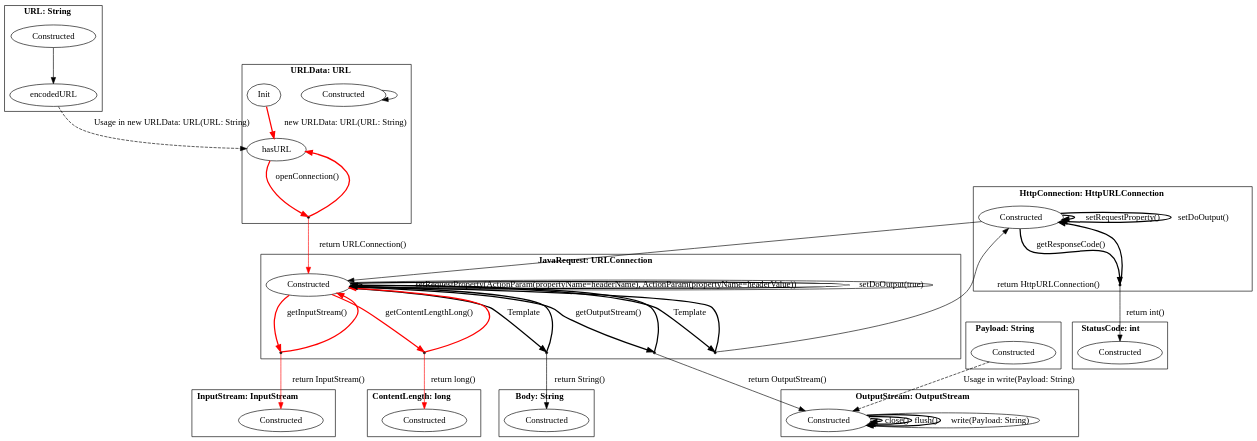
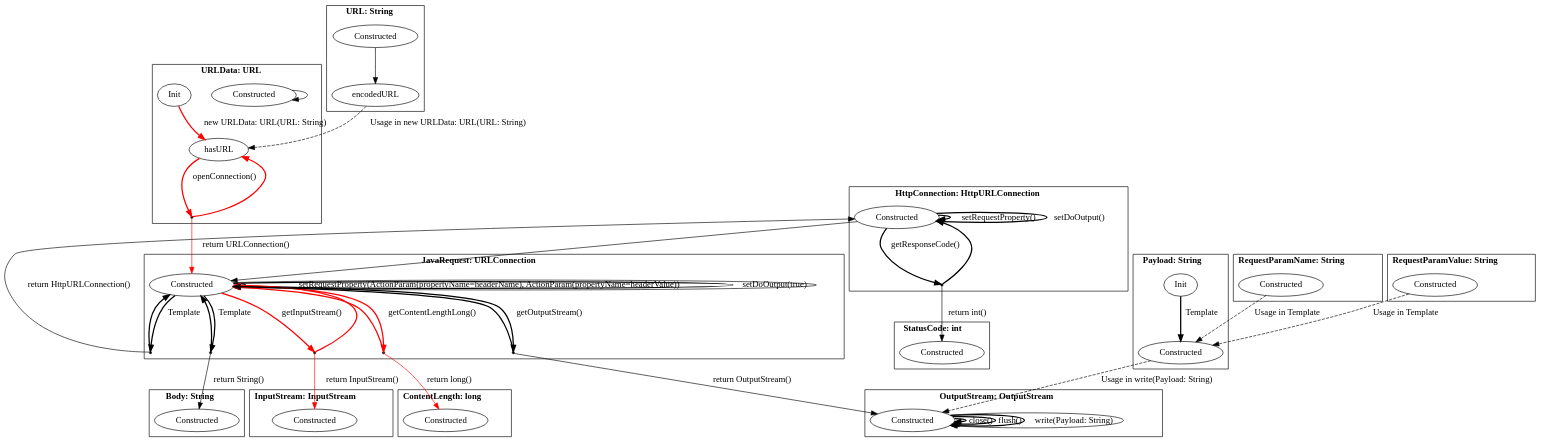
One commit to h31/LibraryMigration changed the diagram in pictures/extracted_javaIf.dot. Above: the diagram before and after it, drawn with Graphviz. The commit also changed 12 other files, not shown here.

```diff
--- a/pictures/extracted_javaIf.dot
+++ b/pictures/extracted_javaIf.dot
@@ -1,89 +1,101 @@
 digraph G {
     bgcolor="transparent";
     subgraph cluster0 {
     label = <<B>URL: String</B>>;
         Constructed_URL [ label="Constructed" ];
         encodedURL_URL [ label="encodedURL" ];
     }
     subgraph cluster1 {
     label = <<B>URLData: URL</B>>;
         Constructed_URLData [ label="Constructed" ];
         hasURL_URLData [ label="hasURL" ];
         Init_URLData [ label="Init" ];
         virtual0 [ shape = point ];
     }
     subgraph cluster2 {
     label = <<B>JavaRequest: URLConnection</B>>;
         Constructed_JavaRequest [ label="Constructed" ];
         virtual1 [ shape = point ];
         virtual2 [ shape = point ];
         virtual3 [ shape = point ];
         virtual4 [ shape = point ];
         virtual5 [ shape = point ];
     }
     subgraph cluster3 {
     label = <<B>Body: String</B>>;
         Constructed_Body [ label="Constructed" ];
     }
     subgraph cluster4 {
     label = <<B>InputStream: InputStream</B>>;
         Constructed_InputStream [ label="Constructed" ];
     }
     subgraph cluster5 {
     label = <<B>ContentLength: long</B>>;
         Constructed_ContentLength [ label="Constructed" ];
     }
     subgraph cluster6 {
     label = <<B>StatusCode: int</B>>;
         Constructed_StatusCode [ label="Constructed" ];
     }
     subgraph cluster7 {
     label = <<B>HttpConnection: HttpURLConnection</B>>;
         Constructed_HttpConnection [ label="Constructed" ];
         virtual6 [ shape = point ];
     }
     subgraph cluster8 {
     label = <<B>OutputStream: OutputStream</B>>;
         Constructed_OutputStream [ label="Constructed" ];
     }
     subgraph cluster9 {
     label = <<B>Payload: String</B>>;
         Constructed_Payload [ label="Constructed" ];
+        Init_Payload [ label="Init" ];
+    }
+    subgraph cluster10 {
+    label = <<B>RequestParamName: String</B>>;
+        Constructed_RequestParamName [ label="Constructed" ];
+    }
+    subgraph cluster11 {
+    label = <<B>RequestParamValue: String</B>>;
+        Constructed_RequestParamValue [ label="Constructed" ];
     }
         Constructed_URL -> encodedURL_URL [ label="", style = "solid"  ];
         encodedURL_URL -> hasURL_URLData [ label="Usage in new URLData: URL(URL: String)", style = "dashed"  ];
         Init_URLData -> hasURL_URLData [ label="new URLData: URL(URL: String)", style = "bold" , color = red ];
         hasURL_URLData -> virtual0 [ style = "bold" label="openConnection()" , color = red ];
         virtual0 -> hasURL_URLData [ style = "bold" , color = red ];
         virtual0 -> Constructed_JavaRequest [ label="return URLConnection()" , color = red ];
         Constructed_URLData -> Constructed_URLData [ label="", style = "solid"  ];
         Constructed_JavaRequest -> virtual1 [ style = "bold" label="Template"  ];
         virtual1 -> Constructed_JavaRequest [ style = "bold"  ];
         virtual1 -> Constructed_Body [ label="return String()"  ];
         Constructed_JavaRequest -> virtual2 [ style = "bold" label="getInputStream()" , color = red ];
         virtual2 -> Constructed_JavaRequest [ style = "bold" , color = red ];
         virtual2 -> Constructed_InputStream [ label="return InputStream()" , color = red ];
         Constructed_JavaRequest -> Constructed_JavaRequest [ label="setRequestProperty(ActionParam(propertyName&#x3D;headerName), ActionParam(propertyName&#x3D;headerValue))", style = "bold"  ];
         Constructed_JavaRequest -> Constructed_JavaRequest [ label="setDoOutput(true)", style = "bold"  ];
         Constructed_JavaRequest -> virtual3 [ style = "bold" label="getContentLengthLong()" , color = red ];
         virtual3 -> Constructed_JavaRequest [ style = "bold" , color = red ];
         virtual3 -> Constructed_ContentLength [ label="return long()" , color = red ];
         Constructed_JavaRequest -> virtual4 [ style = "bold" label="getOutputStream()"  ];
         virtual4 -> Constructed_JavaRequest [ style = "bold"  ];
         virtual4 -> Constructed_OutputStream [ label="return OutputStream()"  ];
         Constructed_JavaRequest -> virtual5 [ style = "bold" label="Template"  ];
         virtual5 -> Constructed_JavaRequest [ style = "bold"  ];
         virtual5 -> Constructed_HttpConnection [ label="return HttpURLConnection()"  ];
         Constructed_JavaRequest -> Constructed_JavaRequest [ label="", style = "solid"  ];
         Constructed_HttpConnection -> Constructed_JavaRequest [ label="", style = "solid"  ];
         Constructed_HttpConnection -> virtual6 [ style = "bold" label="getResponseCode()"  ];
         virtual6 -> Constructed_HttpConnection [ style = "bold"  ];
         virtual6 -> Constructed_StatusCode [ label="return int()"  ];
         Constructed_HttpConnection -> Constructed_HttpConnection [ label="setRequestProperty()", style = "bold"  ];
         Constructed_HttpConnection -> Constructed_HttpConnection [ label="setDoOutput()", style = "bold"  ];
         Constructed_OutputStream -> Constructed_OutputStream [ label="close()", style = "bold"  ];
         Constructed_OutputStream -> Constructed_OutputStream [ label="flush()", style = "bold"  ];
         Constructed_OutputStream -> Constructed_OutputStream [ label="write(Payload: String)", style = "bold"  ];
         Constructed_OutputStream -> Constructed_OutputStream [ label="", style = "solid"  ];
+        Init_Payload -> Constructed_Payload [ label="Template", style = "bold"  ];
         Constructed_Payload -> Constructed_OutputStream [ label="Usage in write(Payload: String)", style = "dashed"  ];
+        Constructed_RequestParamName -> Constructed_Payload [ label="Usage in Template", style = "dashed"  ];
+        Constructed_RequestParamValue -> Constructed_Payload [ label="Usage in Template", style = "dashed"  ];
 }
```
